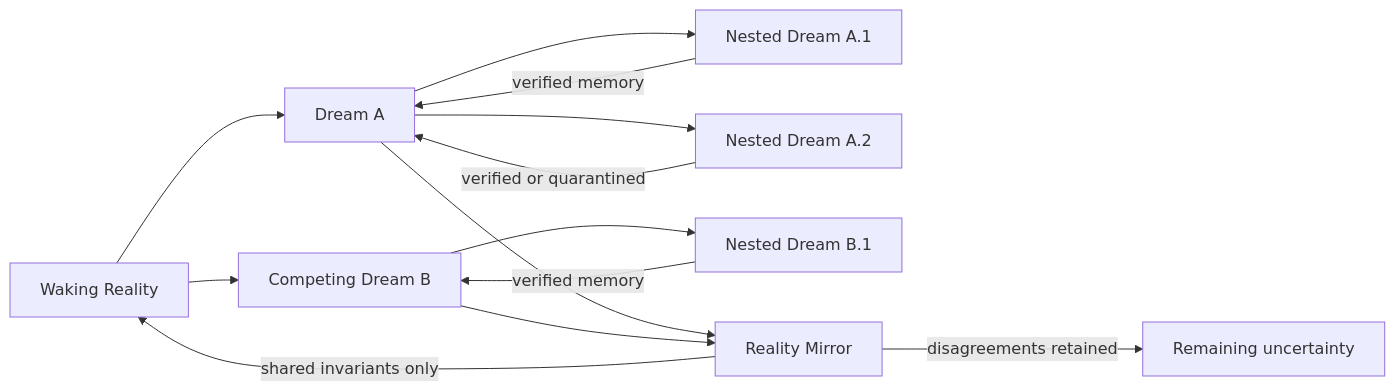
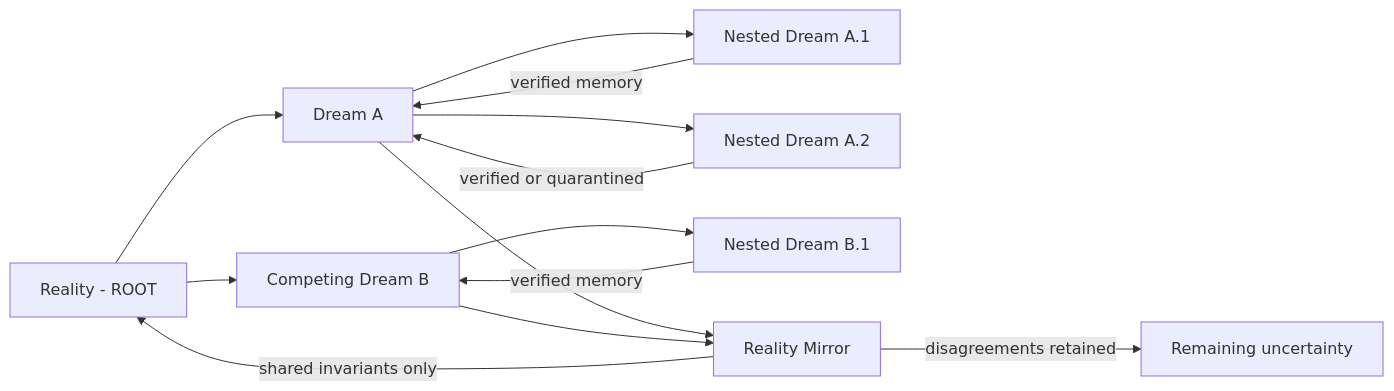
One commit to alangunning/inception-reality-engine changed the fourth of 4 diagrams in docs/ARCHITECTURE.md. Above: the diagram before and after it, drawn with Mermaid. The commit also changed other lines of this file and 67 other files, not shown here.

````diff
--- a/docs/ARCHITECTURE.md
+++ b/docs/ARCHITECTURE.md
@@ -128,15 +128,15 @@
 ```mermaid
 flowchart LR
-  R0[Waking Reality] --> A[Dream A]
+  R0[Reality - ROOT] --> A[Dream A]
   R0 --> B[Competing Dream B]
   A --> A1[Nested Dream A.1]
   A --> A2[Nested Dream A.2]
   B --> B1[Nested Dream B.1]
   A1 -->|verified memory| A
   A2 -->|verified or quarantined| A
   B1 -->|verified memory| B
   A --> M[Reality Mirror]
   B --> M
   M -->|shared invariants only| R0
   M -->|disagreements retained| U[Remaining uncertainty]
 ```
````
